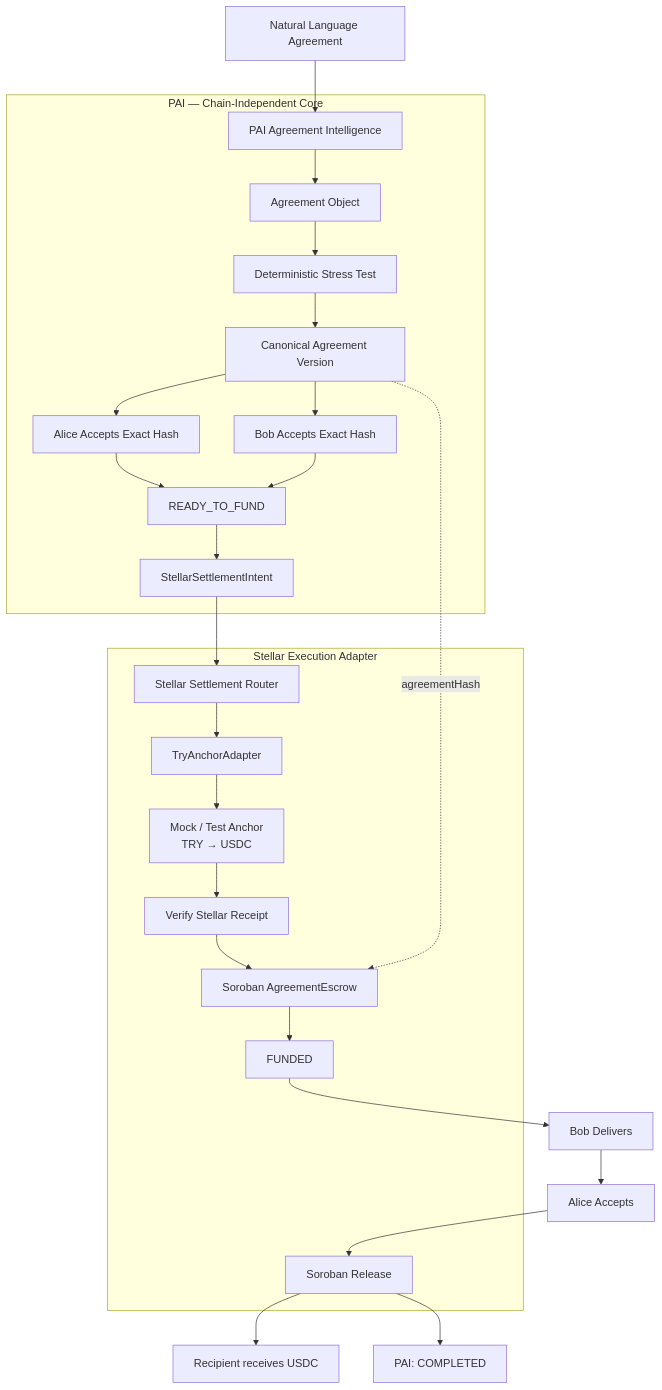
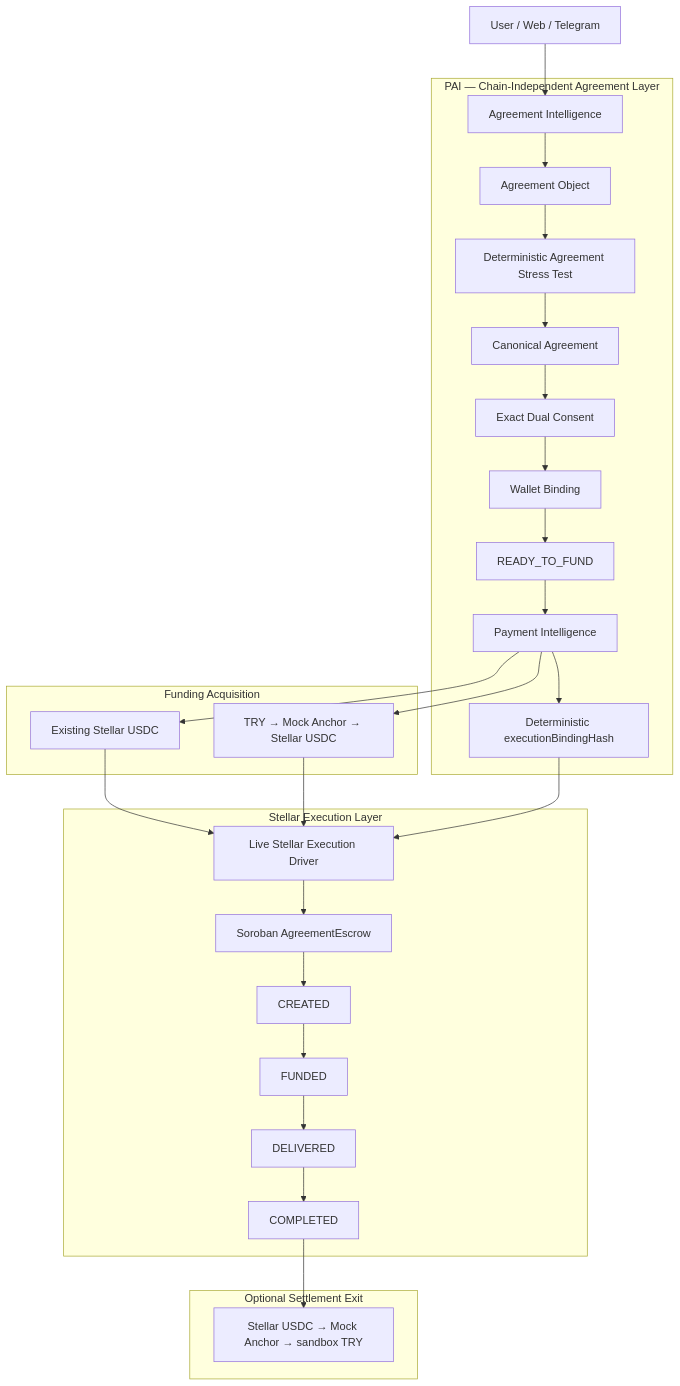
Before and after one commit to Bezovskii/PAI-Stellar-Pro-Hackathon: the diagram in README.md, drawn with Mermaid. The commit also changed other lines of this file, not shown here.

Commit message:
docs: finalize Stellar Pro submission README

````diff
--- a/README.md
+++ b/README.md
@@ -123,52 +170,60 @@
 ```mermaid
 flowchart TD
 
-    A["Natural Language Agreement"] --> B["PAI Agreement Intelligence"]
-    B --> C["Agreement Object"]
-    C --> D["Deterministic Stress Test"]
-    D --> E["Canonical Agreement Version"]
+    USER["User / Web / Telegram"]
 
-    E --> F["Alice Accepts Exact Hash"]
-    E --> G["Bob Accepts Exact Hash"]
-
-    F --> H["READY_TO_FUND"]
-    G --> H
-
-    H --> I["StellarSettlementIntent"]
-
-    subgraph PAI_CORE["PAI — Chain-Independent Core"]
-        B
-        C
-        D
-        E
-        F
-        G
-        H
-        I
+    subgraph CORE["PAI — Chain-Independent Agreement Layer"]
+        AI["Agreement Intelligence"]
+        AO["Agreement Object"]
+        AST["Deterministic Agreement Stress Test"]
+        CANON["Canonical Agreement"]
+        CONSENT["Exact Dual Consent"]
+        WALLET["Wallet Binding"]
+        READY["READY_TO_FUND"]
+        PI["Payment Intelligence"]
+        BIND["Deterministic executionBindingHash"]
     end
 
-    I --> J["Stellar Settlement Router"]
-    J --> K["TryAnchorAdapter"]
-    K --> L["Mock / Test Anchor<br/>TRY → USDC"]
-    L --> M["Verify Stellar Receipt"]
-    M --> N["Soroban AgreementEscrow"]
+    subgraph FUNDING["Funding Acquisition"]
+        DIRECT["Existing Stellar USDC"]
+        ONRAMP["TRY → Mock Anchor → Stellar USDC"]
+    end
 
-    E -. "agreementHash" .-> N
+    subgraph STELLAR["Stellar Execution Layer"]
+        DRIVER["Live Stellar Execution Driver"]
+        ESCROW["Soroban AgreementEscrow"]
+        CREATED["CREATED"]
+        FUNDED["FUNDED"]
+        DELIVERED["DELIVERED"]
+        COMPLETED["COMPLETED"]
+    end
 
-    N --> O["FUNDED"]
-    O --> P["Bob Delivers"]
-    P --> Q["Alice Accepts"]
-    Q --> R["Soroban Release"]
-    R --> S["Recipient receives USDC"]
-    R --> T["PAI: COMPLETED"]
+    subgraph EXIT["Optional Settlement Exit"]
+        OFFRAMP["Stellar USDC → Mock Anchor → sandbox TRY"]
+    end
 
-    subgraph STELLAR["Stellar Execution Adapter"]
-        J
-        K
-        L
-        M
-        N
-        O
-        R
-    end
+    USER --> AI
+    AI --> AO
+    AO --> AST
+    AST --> CANON
+    CANON --> CONSENT
+    CONSENT --> WALLET
+    WALLET --> READY
+    READY --> PI
+    PI --> BIND
+
+    PI --> DIRECT
+    PI --> ONRAMP
+
+    DIRECT --> DRIVER
+    ONRAMP --> DRIVER
+
+    BIND --> DRIVER
+    DRIVER --> ESCROW
+    ESCROW --> CREATED
+    CREATED --> FUNDED
+    FUNDED --> DELIVERED
+    DELIVERED --> COMPLETED
+
+    COMPLETED --> OFFRAMP
 ```
````
